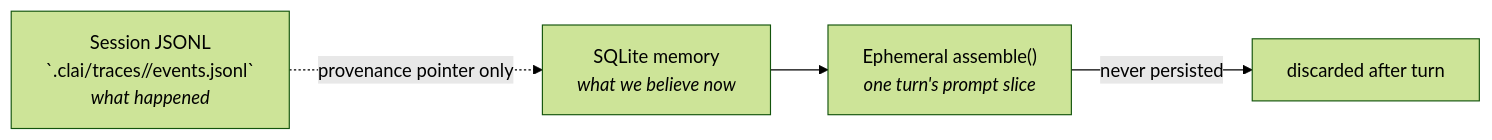
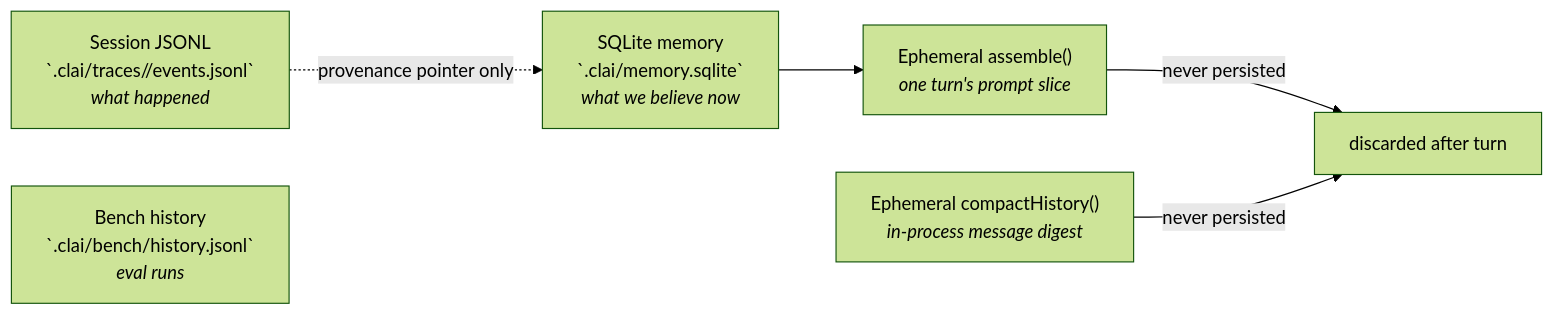
One commit to rajofearth/CodeRush2.0_TeamKnull changed the fifth of 10 diagrams in docs/ARCHITECTURE.md. Above: the diagram before and after it, drawn with Mermaid (forest theme). The commit also changed other lines of this file, not shown here.

Commit message:
updated architecture file

````diff
--- a/docs/ARCHITECTURE.md
+++ b/docs/ARCHITECTURE.md
@@ -170,10 +300,13 @@
 ```mermaid
 flowchart LR
   JSONL["Session JSONL<br/>`.clai/traces/<runId>/events.jsonl`<br/><i>what happened</i>"]
-  SQL["SQLite memory<br/><i>what we believe now</i>"]
+  BENCH["Bench history<br/>`.clai/bench/history.jsonl`<br/><i>eval runs</i>"]
+  SQL["SQLite memory<br/>`.clai/memory.sqlite`<br/><i>what we believe now</i>"]
   ASM["Ephemeral assemble()<br/><i>one turn's prompt slice</i>"]
+  COMP["Ephemeral compactHistory()<br/><i>in-process message digest</i>"]
 
   JSONL -.->|"provenance pointer only"| SQL
   SQL --> ASM
   ASM -->|"never persisted"| X["discarded after turn"]
+  COMP -->|"never persisted"| X
 ```
````
